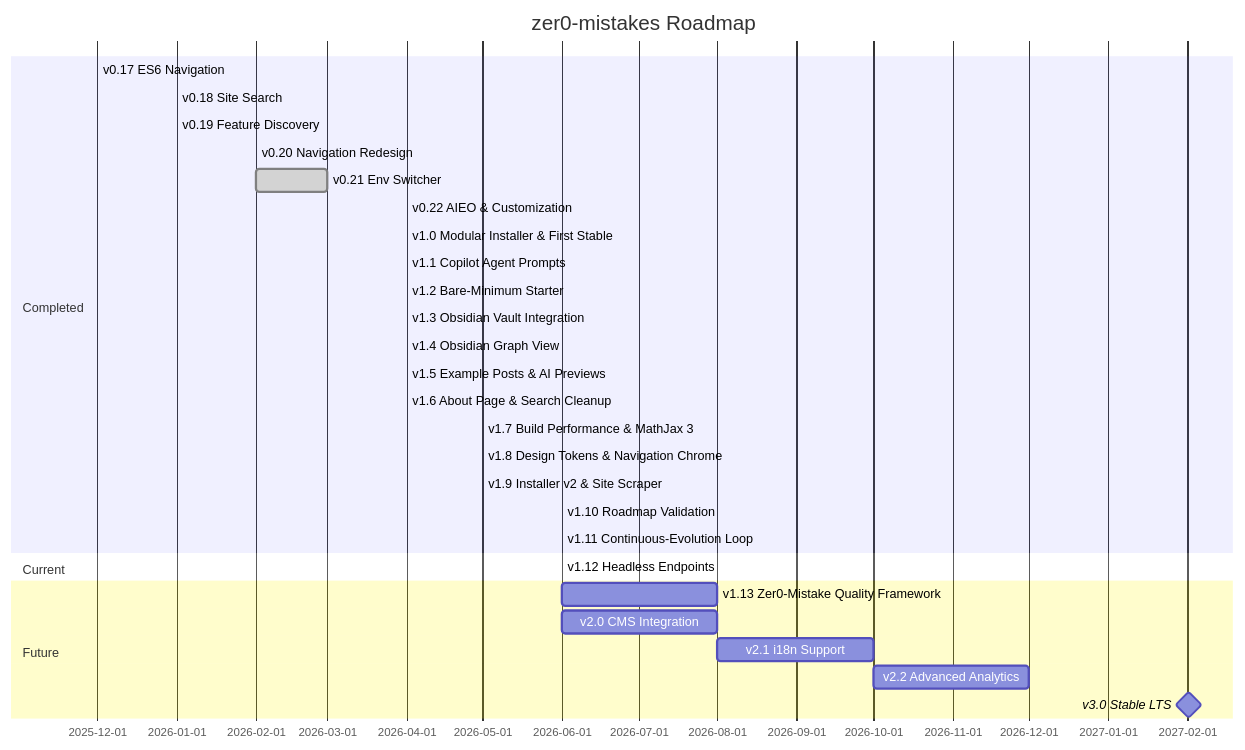
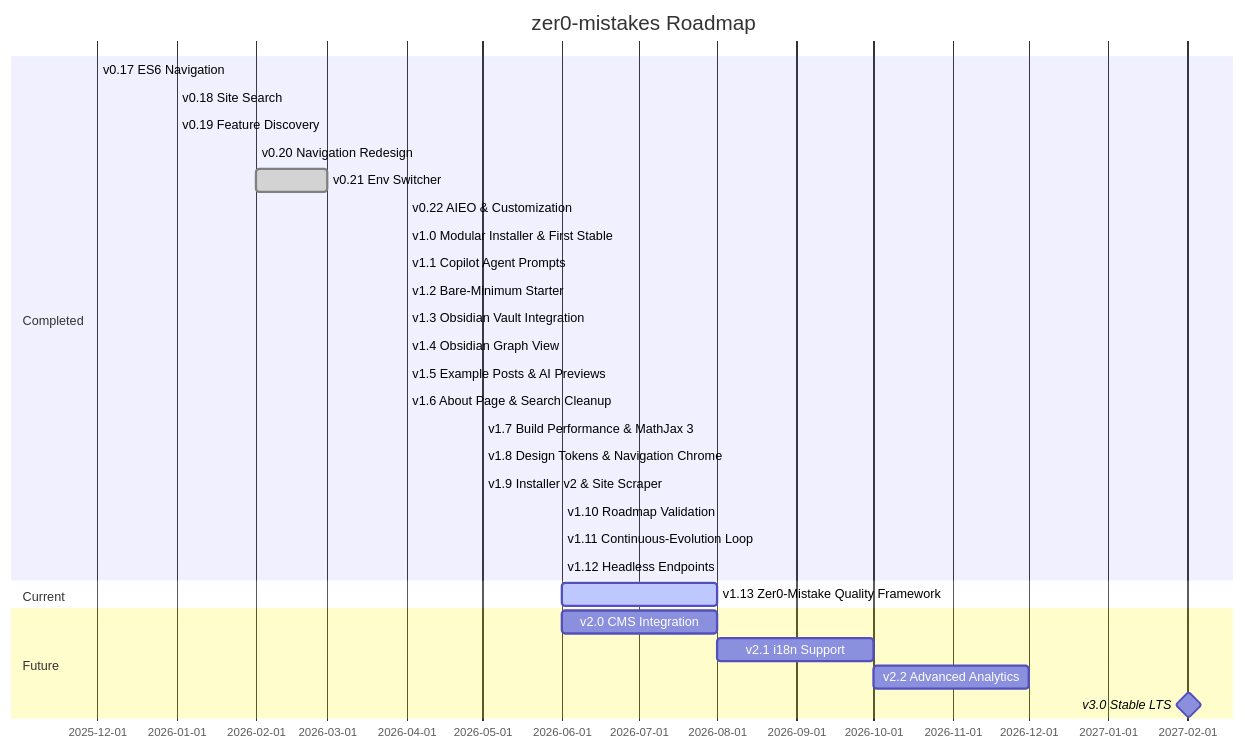
The diagram in packages/zer0-mistakes/README.md (bamr87/zer0-CMS), drawn with Mermaid before and after one commit. The commit also changed other lines of this file and 6 other files, not shown here.

````diff
--- a/packages/zer0-mistakes/README.md
+++ b/packages/zer0-mistakes/README.md
@@ -810,32 +810,32 @@
 ```mermaid
 gantt
     title zer0-mistakes Roadmap
     dateFormat YYYY-MM
     section Completed
     v0.17 ES6 Navigation         :done, 2025-12, 2025-12
     v0.18 Site Search            :done, 2026-01, 2026-01
     v0.19 Feature Discovery      :done, 2026-01, 2026-01
     v0.20 Navigation Redesign    :done, 2026-02, 2026-02
     v0.21 Env Switcher           :done, 2026-02, 2026-03
     v0.22 AIEO & Customization   :done, 2026-04, 2026-04
     v1.0 Modular Installer & First Stable :done, 2026-04, 2026-04
     v1.1 Copilot Agent Prompts   :done, 2026-04, 2026-04
     v1.2 Bare-Minimum Starter    :done, 2026-04, 2026-04
     v1.3 Obsidian Vault Integration :done, 2026-04, 2026-04
     v1.4 Obsidian Graph View     :done, 2026-04, 2026-04
     v1.5 Example Posts & AI Previews :done, 2026-04, 2026-04
     v1.6 About Page & Search Cleanup :done, 2026-04, 2026-04
     v1.7 Build Performance & MathJax 3 :done, 2026-05, 2026-05
     v1.8 Design Tokens & Navigation Chrome :done, 2026-05, 2026-05
     v1.9 Installer v2 & Site Scraper :done, 2026-05, 2026-05
     v1.10 Roadmap Validation     :done, 2026-06, 2026-06
     v1.11 Continuous-Evolution Loop :done, 2026-06, 2026-06
+    v1.12 Headless Endpoints     :done, 2026-06, 2026-06
     section Current
-    v1.12 Headless Endpoints     :active, 2026-06, 2026-06
+    v1.13 Zer0-Mistake Quality Framework :active, 2026-06, 2026-08
     section Future
-    v1.13 Zer0-Mistake Quality Framework :2026-06, 2026-08
     v2.0 CMS Integration         :2026-06, 2026-08
     v2.1 i18n Support            :2026-08, 2026-10
     v2.2 Advanced Analytics      :2026-10, 2026-12
     v3.0 Stable LTS              :milestone, 2027-02, 1d
 ```
````
